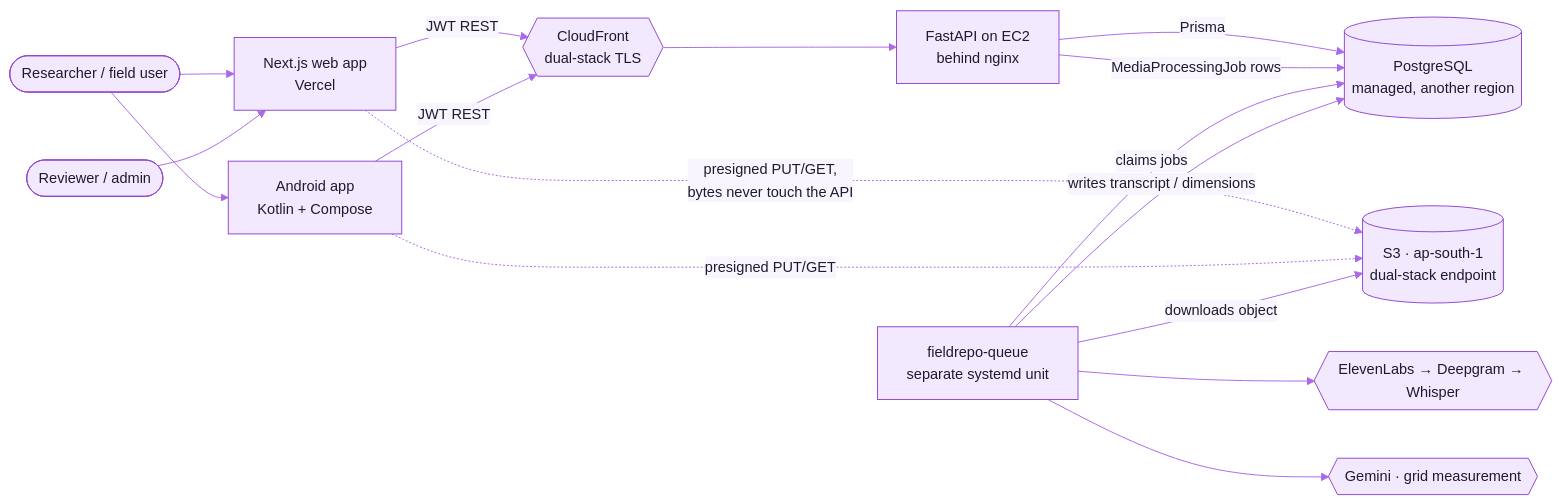
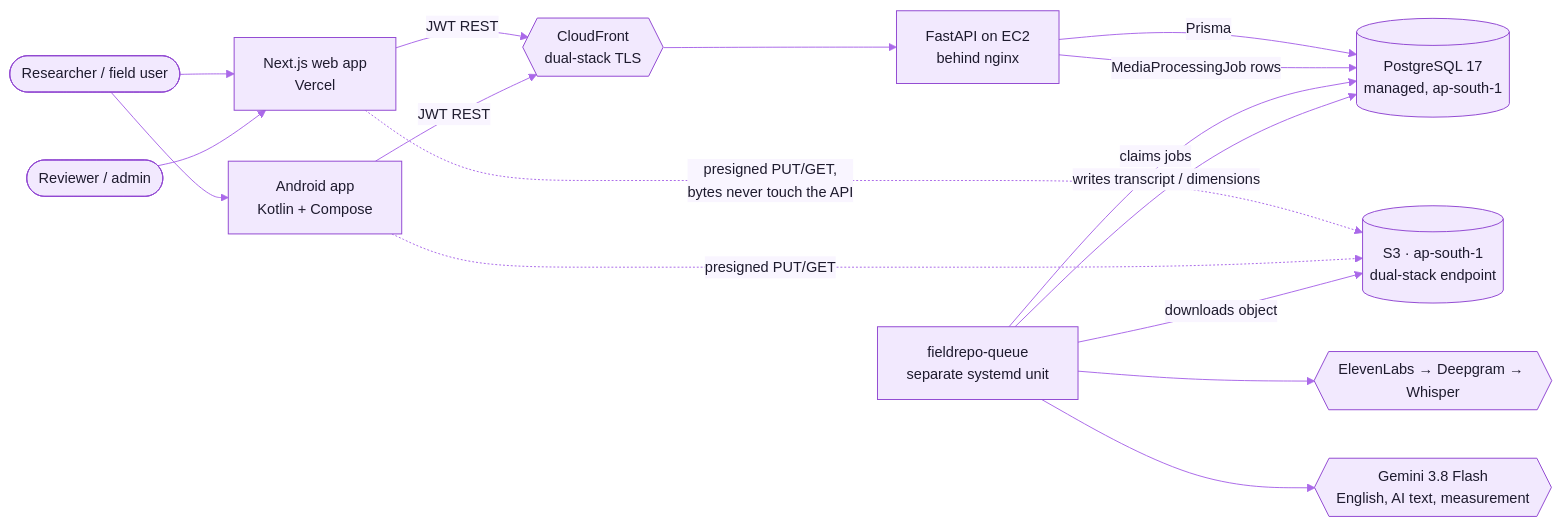
One commit to cxacraftecosystem-ui/designer-portal changed the first of 13 diagrams in docs/ARCHITECTURE.md. Above: the diagram before and after it, drawn with Mermaid. The commit also changed 6 other files, not shown here.

Commit message:
Docs review: RELEASE.md is one page in both portals again with the 0.0.10 backfill steps, the README check's CodeQL findings are fixed, the box banners and the architecture diagram match production, and refine is on every client

````diff
--- a/docs/ARCHITECTURE.md
+++ b/docs/ARCHITECTURE.md
@@ -41,31 +41,31 @@
 ```mermaid
 %%{init: {"theme":"base","themeVariables":{"fontFamily":"Inter, ui-sans-serif, system-ui, -apple-system, Segoe UI, Roboto, Helvetica, Arial, sans-serif","fontSize":"15px","primaryColor":"#F2E9FE","primaryTextColor":"#1E1B2E","primaryBorderColor":"#9148D2","secondaryColor":"#FAEECD","secondaryTextColor":"#1E1B2E","secondaryBorderColor":"#CD9200","tertiaryColor":"#F3F1FA","tertiaryTextColor":"#1E1B2E","tertiaryBorderColor":"#A7A3BC","mainBkg":"#F2E9FE","nodeBorder":"#9148D2","nodeTextColor":"#1E1B2E","lineColor":"#AA69E9","textColor":"#857F9E","edgeLabelBackground":"#F9F5FF","clusterBkg":"#F9F5FF","clusterBorder":"#D6B6FB","titleColor":"#762CB1","noteBkgColor":"#FAEECD","noteTextColor":"#1E1B2E","noteBorderColor":"#CD9200","actorBkg":"#F2E9FE","actorBorder":"#9148D2","actorTextColor":"#1E1B2E","actorLineColor":"#AA69E9","signalColor":"#AA69E9","signalTextColor":"#857F9E","labelBoxBkgColor":"#F2E9FE","labelBoxBorderColor":"#9148D2","labelTextColor":"#1E1B2E","loopTextColor":"#857F9E","activationBkgColor":"#E7D5FE","activationBorderColor":"#9148D2","sequenceNumberColor":"#FFFFFF","transitionColor":"#AA69E9","transitionLabelColor":"#857F9E","stateLabelColor":"#1E1B2E","stateBkg":"#F2E9FE","compositeBackground":"#F9F5FF","compositeTitleBackground":"#F2E9FE","attributeBackgroundColorOdd":"#FFFFFF","attributeBackgroundColorEven":"#F9F5FF","relationColor":"#AA69E9","relationLabelBackground":"#F9F5FF","relationLabelColor":"#1E1B2E"}}}%%
 flowchart LR
   researcher([Researcher / field user])
   admin([Reviewer / admin])
   web[Next.js web app<br/>Vercel]
   android[Android app<br/>Kotlin + Compose]
   cf{{CloudFront<br/>dual-stack TLS}}
   api[FastAPI on EC2<br/>behind nginx]
-  db[(PostgreSQL<br/>managed, another region)]
+  db[(PostgreSQL 17<br/>managed, ap-south-1)]
   s3[(S3 · ap-south-1<br/>dual-stack endpoint)]
   worker[fieldrepo-queue<br/>separate systemd unit]
   stt{{ElevenLabs → Deepgram → Whisper}}
-  gem{{Gemini · grid measurement}}
+  gem{{Gemini 3.8 Flash<br/>English, AI text, measurement}}
 
   researcher --> web
   researcher --> android
   admin --> web
   web -->|JWT REST| cf
   android -->|JWT REST| cf
   cf --> api
   api -->|Prisma| db
   web -.->|presigned PUT/GET,<br/>bytes never touch the API| s3
   android -.->|presigned PUT/GET| s3
   api -->|MediaProcessingJob rows| db
   worker -->|claims jobs| db
   worker -->|downloads object| s3
   worker --> stt
   worker --> gem
   worker -->|writes transcript / dimensions| db
 ```
````
